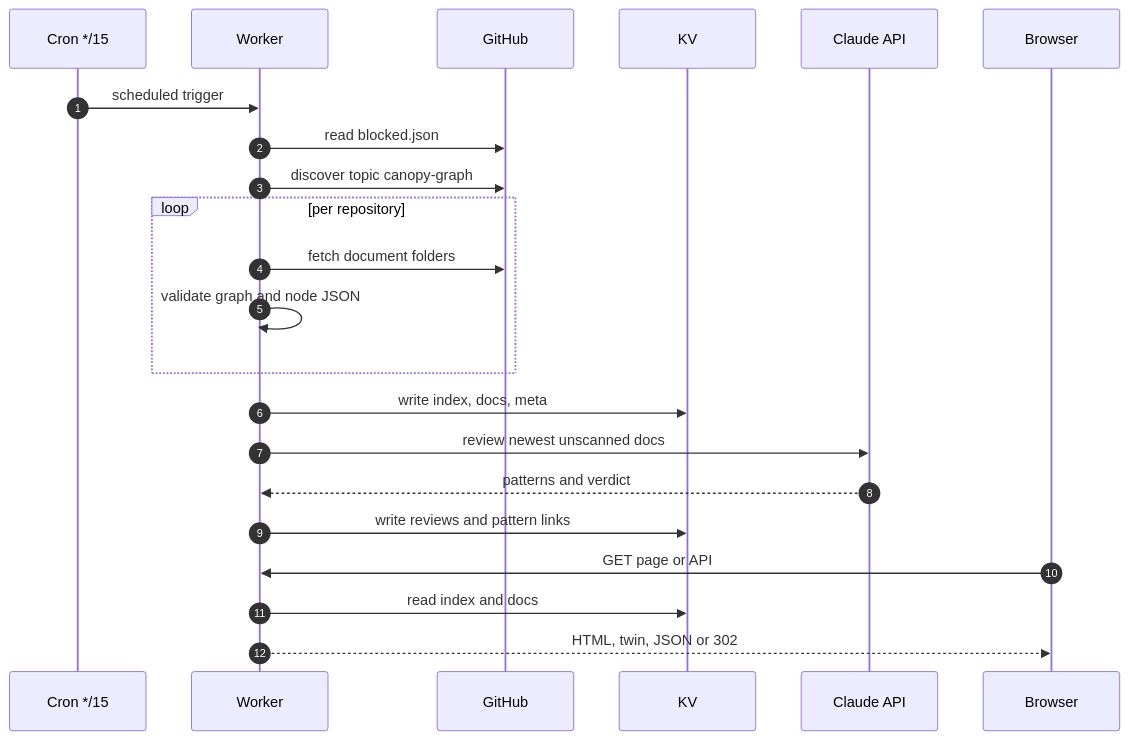
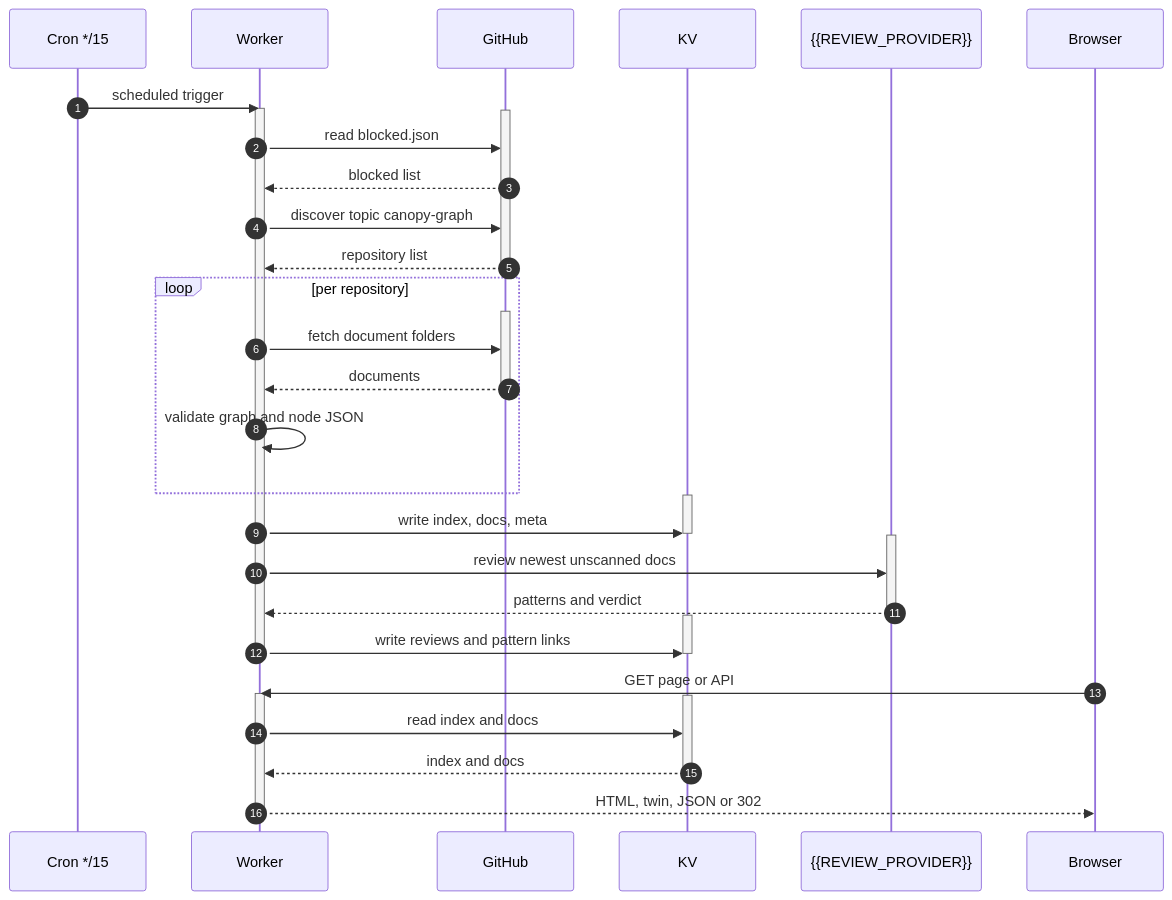
One commit to UniverLab/canopy-web changed the diagram in apps/graphs/review/indexing.mmd. Above: the diagram before and after it, drawn with Mermaid. The commit also changed 6 other files, not shown here.

Commit message:
fix(graphs): draw the indexing diagram with activations, replies and the configured provider

```diff
--- a/apps/graphs/review/indexing.mmd
+++ b/apps/graphs/review/indexing.mmd
@@ -1,28 +1,51 @@
 %% SPDX-License-Identifier: Apache-2.0
 %% The catalogue's indexing model, committed in-repo and pre-rendered to
 %% static SVG at build time (`npm run build:review-assets`). The transparency
 %% page inlines the SVG; no runtime mermaid.js ships. Keep the participant
 %% names and the message order stable: the build renderer and the tests pin
-%% them.
+%% them. The Review label is a build token: the build keeps it, the page
+%% substitutes the configured provider's display name at request time.
 sequenceDiagram
   autonumber
   participant Cron as Cron */15
   participant Worker as Worker
   participant GitHub as GitHub
   participant KV as KV
-  participant Muse as Claude API
+  participant Review as {{REVIEW_PROVIDER}}
   participant Browser as Browser
   Cron->>Worker: scheduled trigger
+  activate Worker
+  activate GitHub
   Worker->>GitHub: read blocked.json
+  GitHub-->>Worker: blocked list
+  deactivate GitHub
+  activate GitHub
   Worker->>GitHub: discover topic canopy-graph
+  GitHub-->>Worker: repository list
+  deactivate GitHub
   loop per repository
+    activate GitHub
     Worker->>GitHub: fetch document folders
+    GitHub-->>Worker: documents
+    deactivate GitHub
     Worker->>Worker: validate graph and node JSON
   end
+  activate KV
   Worker->>KV: write index, docs, meta
-  Worker->>Muse: review newest unscanned docs
-  Muse-->>Worker: patterns and verdict
+  deactivate KV
+  activate Review
+  Worker->>Review: review newest unscanned docs
+  Review-->>Worker: patterns and verdict
+  deactivate Review
+  activate KV
   Worker->>KV: write reviews and pattern links
+  deactivate KV
+  deactivate Worker
   Browser->>Worker: GET page or API
+  activate Worker
+  activate KV
   Worker->>KV: read index and docs
+  KV-->>Worker: index and docs
+  deactivate KV
   Worker-->>Browser: HTML, twin, JSON or 302
+  deactivate Worker
```
